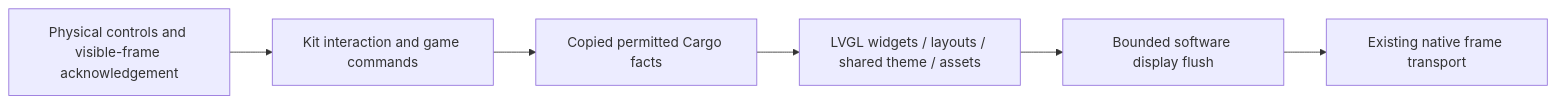
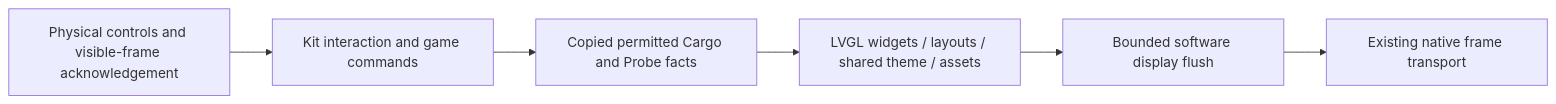
One commit to PacoCotera/critter-lab changed the fourth of 4 diagrams in specs/architecture.md. Above: the diagram before and after it, drawn with Mermaid. The commit also changed other lines of this file and 34 other files, not shown here.

````diff
--- a/specs/architecture.md
+++ b/specs/architecture.md
@@ -180,8 +184,8 @@
 ```mermaid
 flowchart LR
   Input[Physical controls and visible-frame acknowledgement] --> Kit[Kit interaction and game commands]
-  Kit --> View[Copied permitted Cargo facts]
+  Kit --> View[Copied permitted Cargo and Probe facts]
   View --> UI[LVGL widgets / layouts / shared theme / assets]
   UI --> Raster[Bounded software display flush]
   Raster --> Frame[Existing native frame transport]
 ```
````
